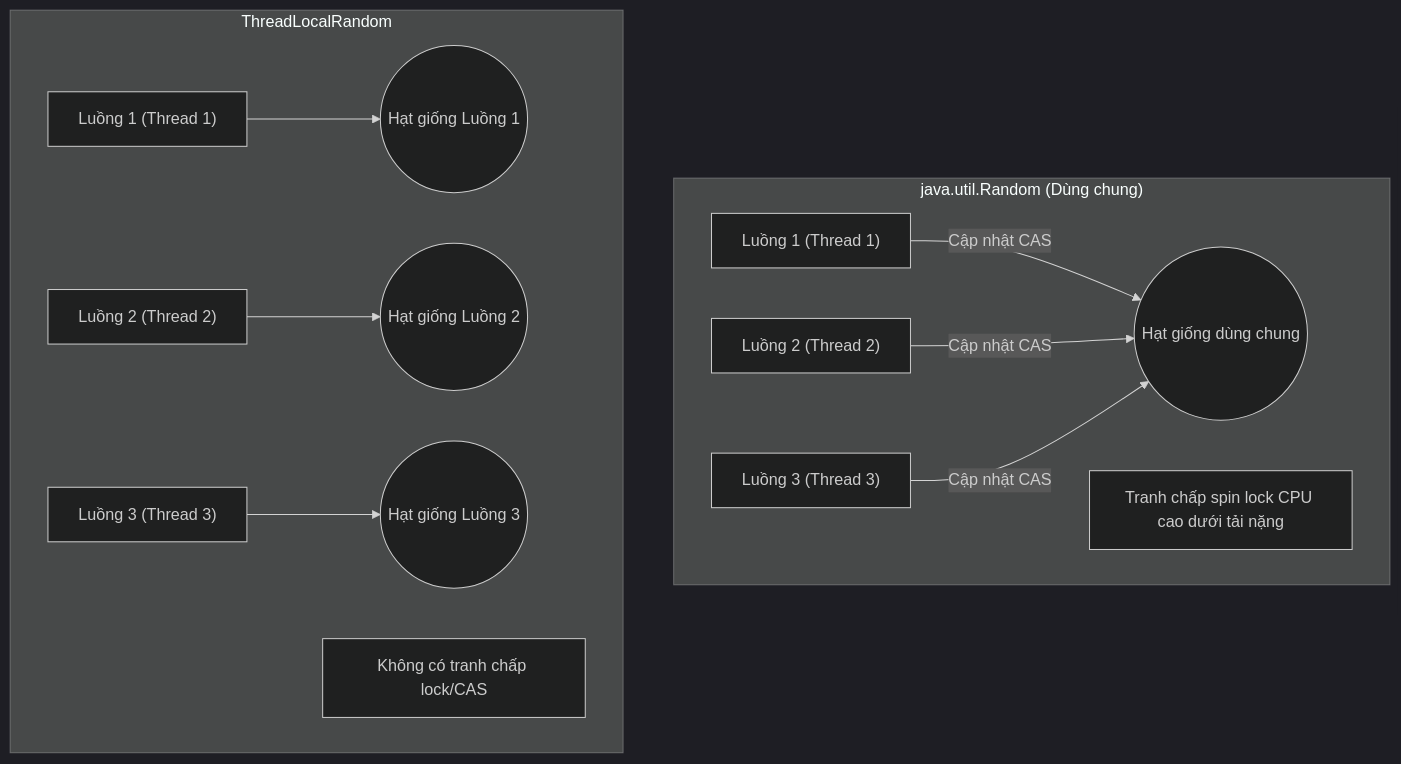
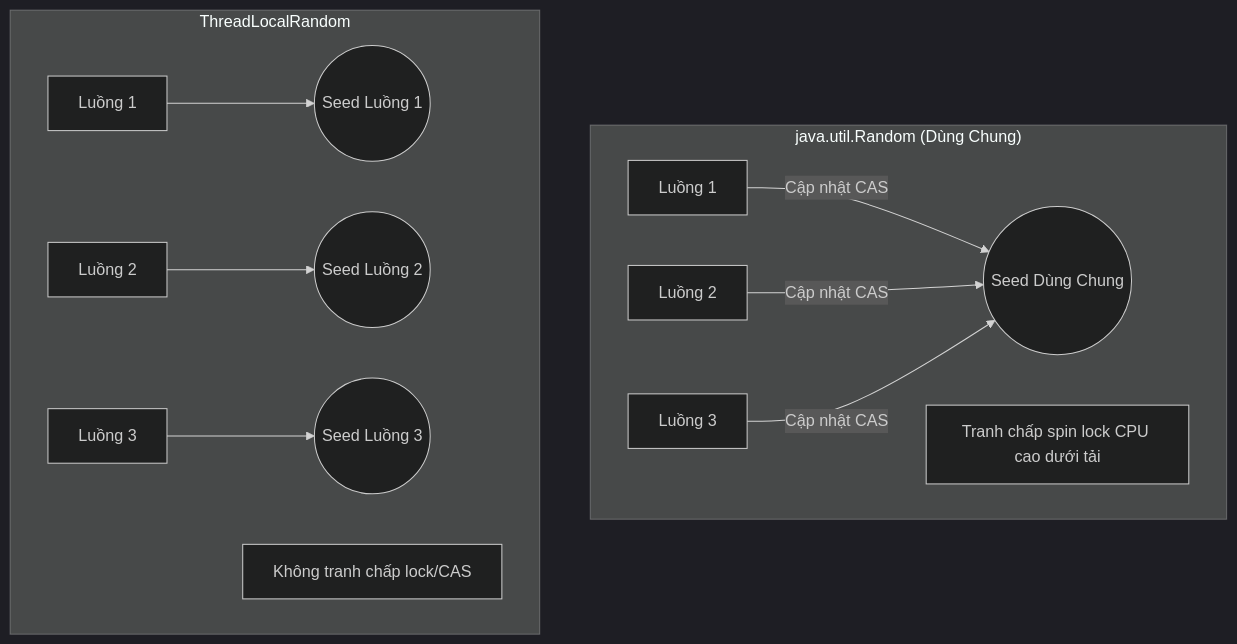
Before and after one commit to PhuThien2005/theoretical-of-java-core: the first of 3 diagrams in vi/39-utility-apis/theory/01-math-concepts.md, drawn with Mermaid (dark theme). The commit also changed other lines of this file and 229 other files, not shown here.

````diff
--- a/vi/39-utility-apis/theory/01-math-concepts.md
+++ b/vi/39-utility-apis/theory/01-math-concepts.md
@@ -80,15 +80,15 @@
 ```mermaid
 flowchart TD
-    subgraph Random ["java.util.Random (Dùng chung)"]
-        T1["Luồng 1 (Thread 1)"] -->|Cập nhật CAS| Seed((Hạt giống dùng chung))
-        T2["Luồng 2 (Thread 2)"] -->|Cập nhật CAS| Seed
-        T3["Luồng 3 (Thread 3)"] -->|Cập nhật CAS| Seed
-        note1["Tranh chấp spin lock CPU cao dưới tải nặng"]
+    subgraph Random ["java.util.Random (Dùng Chung)"]
+        T1[Luồng 1] -->|Cập nhật CAS| Seed((Seed Dùng Chung))
+        T2[Luồng 2] -->|Cập nhật CAS| Seed
+        T3[Luồng 3] -->|Cập nhật CAS| Seed
+        note1["Tranh chấp spin lock CPU cao dưới tải"]
     end
     subgraph TLR ["ThreadLocalRandom"]
-        TH1["Luồng 1 (Thread 1)"] --> Seed1((Hạt giống Luồng 1))
-        TH2["Luồng 2 (Thread 2)"] --> Seed2((Hạt giống Luồng 2))
-        TH3["Luồng 3 (Thread 3)"] --> Seed3((Hạt giống Luồng 3))
-        note2["Không có tranh chấp lock/CAS"]
+        TH1[Luồng 1] --> Seed1((Seed Luồng 1))
+        TH2[Luồng 2] --> Seed2((Seed Luồng 2))
+        TH3[Luồng 3] --> Seed3((Seed Luồng 3))
+        note2["Không tranh chấp lock/CAS"]
     end
 ```
````
